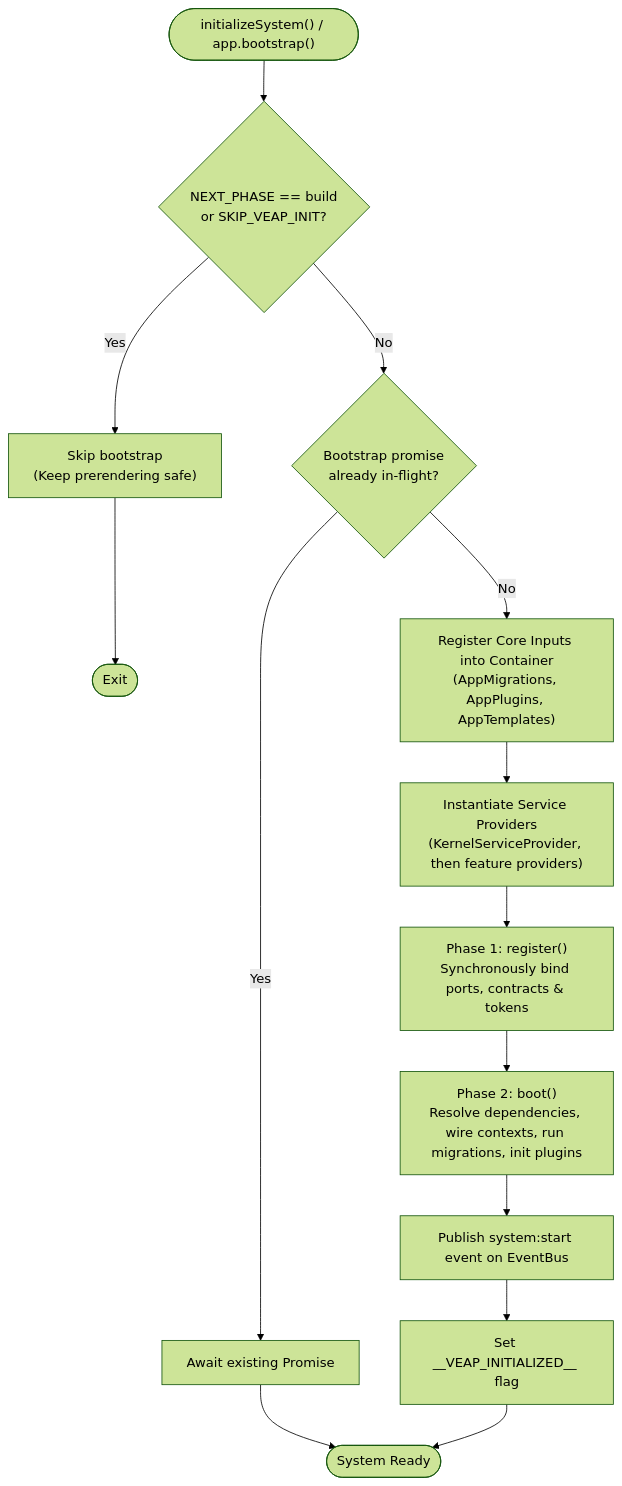
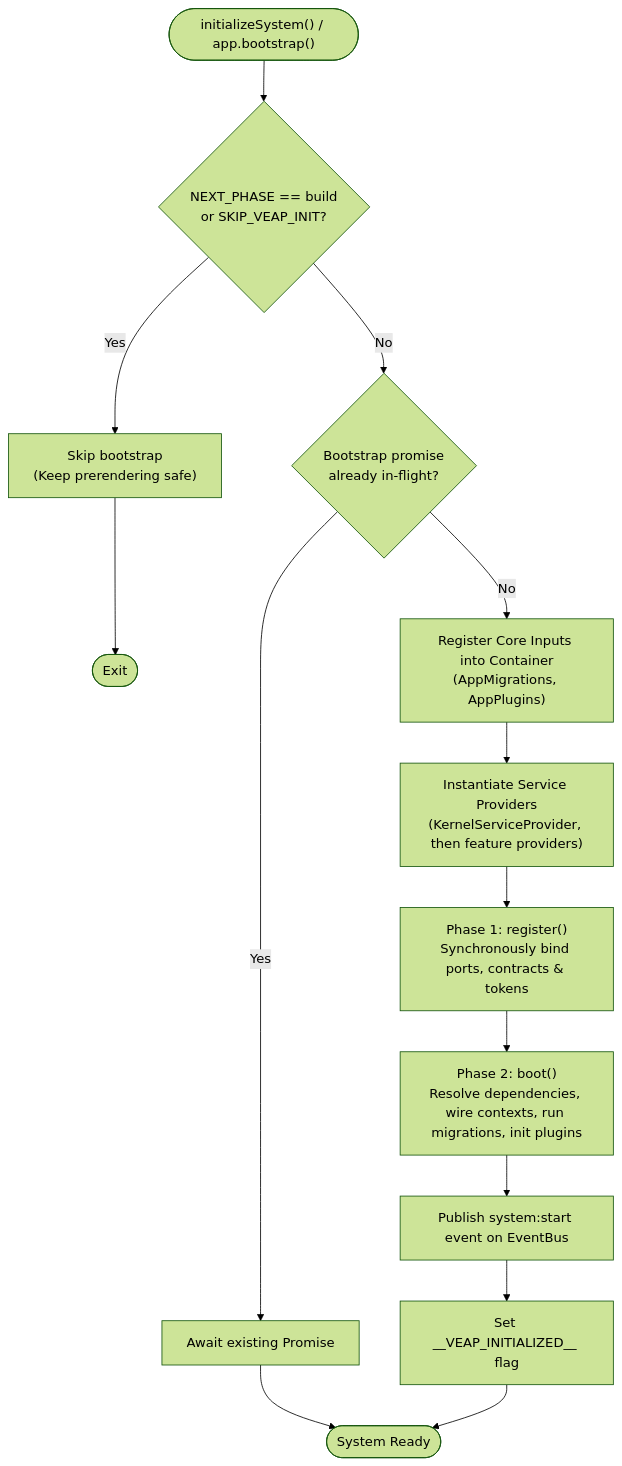
Before and after one commit to veapjs/veap: the third of 4 diagrams in docs/fundamentals/architecture.md, drawn with Mermaid (forest theme). The commit also changed other lines of this file and 51 other files, not shown here.

````diff
--- a/docs/fundamentals/architecture.md
+++ b/docs/fundamentals/architecture.md
@@ -107,20 +107,20 @@
 ```mermaid
 flowchart TD
     Start(["initializeSystem() / app.bootstrap()"]) --> CheckPhase{"NEXT_PHASE == build<br/>or SKIP_VEAP_INIT?"}
     CheckPhase -- "Yes" --> Skip["Skip bootstrap<br/>(Keep prerendering safe)"]
     Skip --> Exit(["Exit"])
 
     CheckPhase -- "No" --> CheckDedupe{"Bootstrap promise<br/>already in-flight?"}
     CheckDedupe -- "Yes" --> AwaitDedupe["Await existing Promise"]
     AwaitDedupe --> Ready(["System Ready"])
 
-    CheckDedupe -- "No" --> BindInputs["Register Core Inputs into Container<br/>(AppMigrations, AppPlugins, AppTemplates)"]
+    CheckDedupe -- "No" --> BindInputs["Register Core Inputs into Container<br/>(AppMigrations, AppPlugins)"]
     BindInputs --> InstantiateProviders["Instantiate Service Providers<br/>(KernelServiceProvider, then feature providers)"]
 
     InstantiateProviders --> RegisterPhase["Phase 1: register()<br/>Synchronously bind ports, contracts & tokens"]
     RegisterPhase --> BootPhase["Phase 2: boot()<br/>Resolve dependencies, wire contexts, run migrations, init plugins"]
 
     BootPhase --> EmitStart["Publish system:start event on EventBus"]
     EmitStart --> MarkDone["Set __VEAP_INITIALIZED__ flag"]
     MarkDone --> Ready
 ```
````
